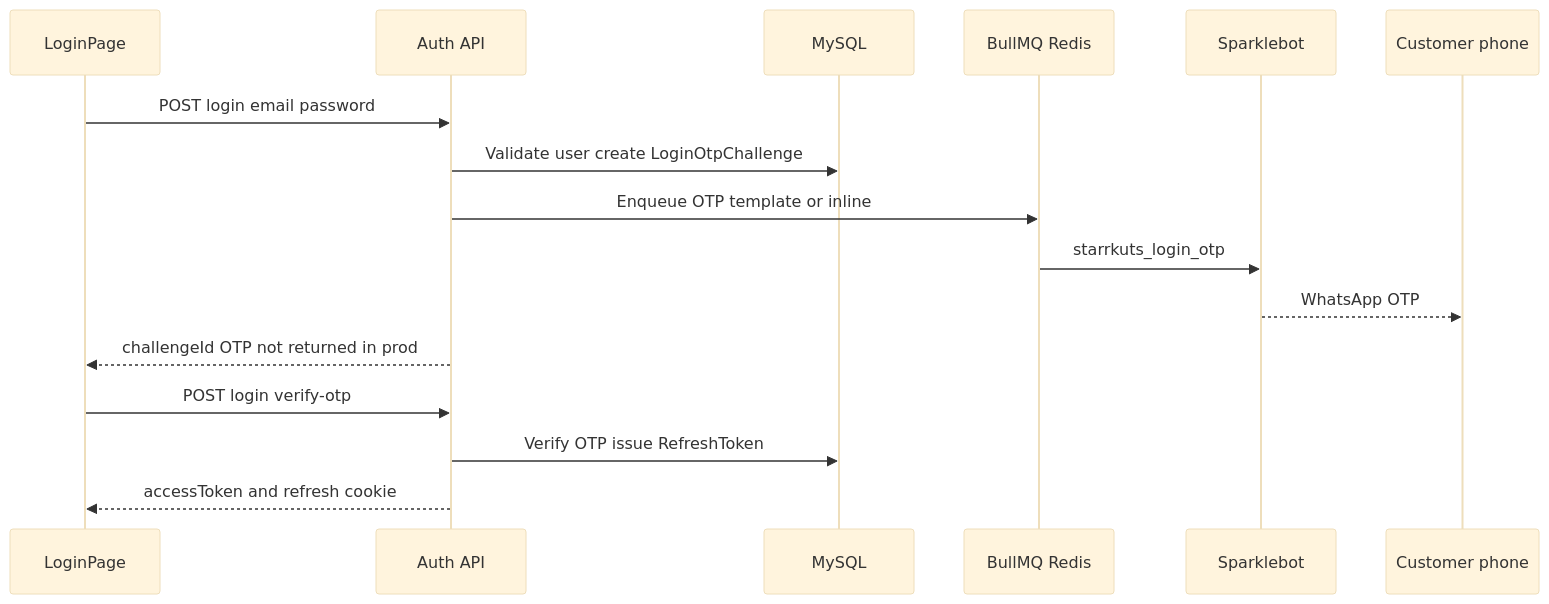
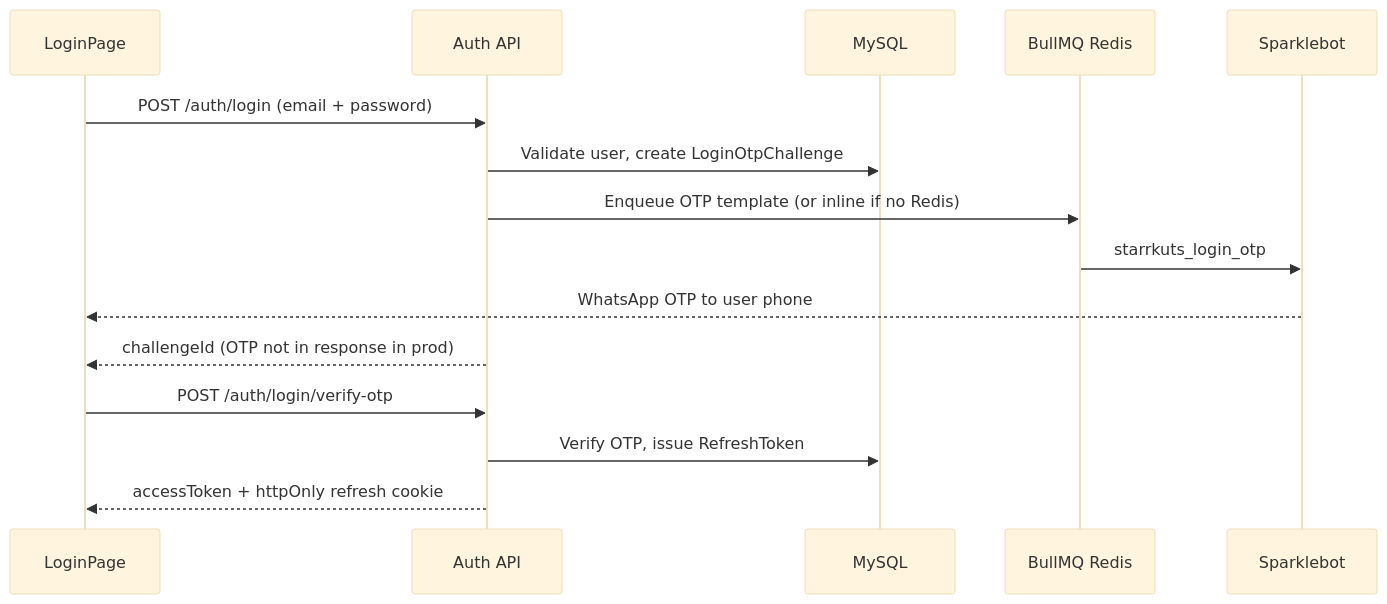
The sixth of 9 diagrams in ARCHITECTURE.md (MetaForge-IT/BillVyapp-Production), drawn with Mermaid (base theme) before and after one commit. The commit also changed other lines of this file and 119 other files, not shown here.

````diff
--- a/ARCHITECTURE.md
+++ b/ARCHITECTURE.md
@@ -342,19 +591,18 @@
 ```mermaid
 sequenceDiagram
   participant UI as LoginPage
   participant API as Auth API
   participant DB as MySQL
   participant Q as BullMQ Redis
   participant WA as Sparklebot
-  participant Cust as Customer phone
 
-  UI->>API: POST login email password
-  API->>DB: Validate user create LoginOtpChallenge
-  API->>Q: Enqueue OTP template or inline
+  UI->>API: POST /auth/login (email + password)
+  API->>DB: Validate user, create LoginOtpChallenge
+  API->>Q: Enqueue OTP template (or inline if no Redis)
   Q->>WA: starrkuts_login_otp
-  WA-->>Cust: WhatsApp OTP
-  API-->>UI: challengeId OTP not returned in prod
-  UI->>API: POST login verify-otp
-  API->>DB: Verify OTP issue RefreshToken
-  API-->>UI: accessToken and refresh cookie
+  WA-->>UI: WhatsApp OTP to user phone
+  API-->>UI: challengeId (OTP not in response in prod)
+  UI->>API: POST /auth/login/verify-otp
+  API->>DB: Verify OTP, issue RefreshToken
+  API-->>UI: accessToken + httpOnly refresh cookie
 ```
````
